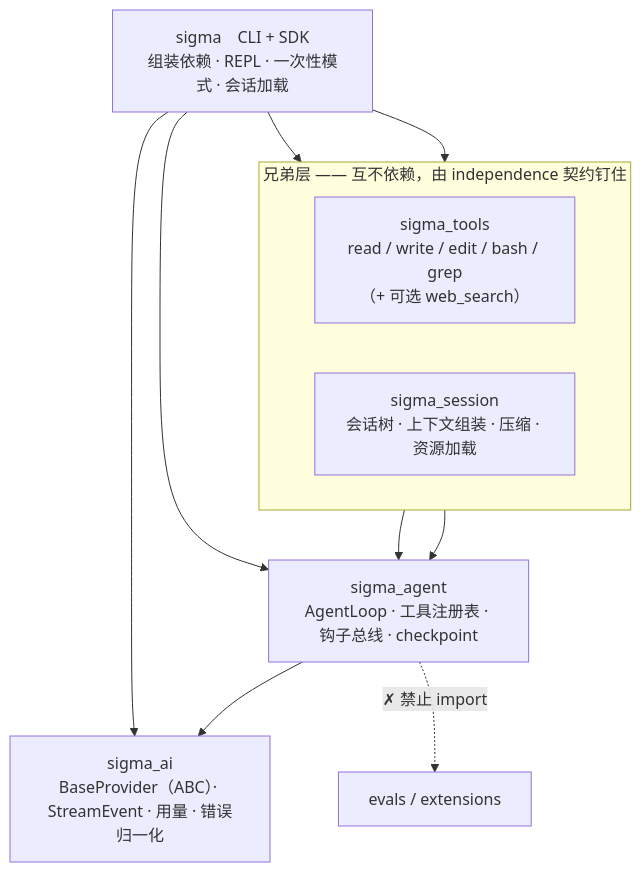
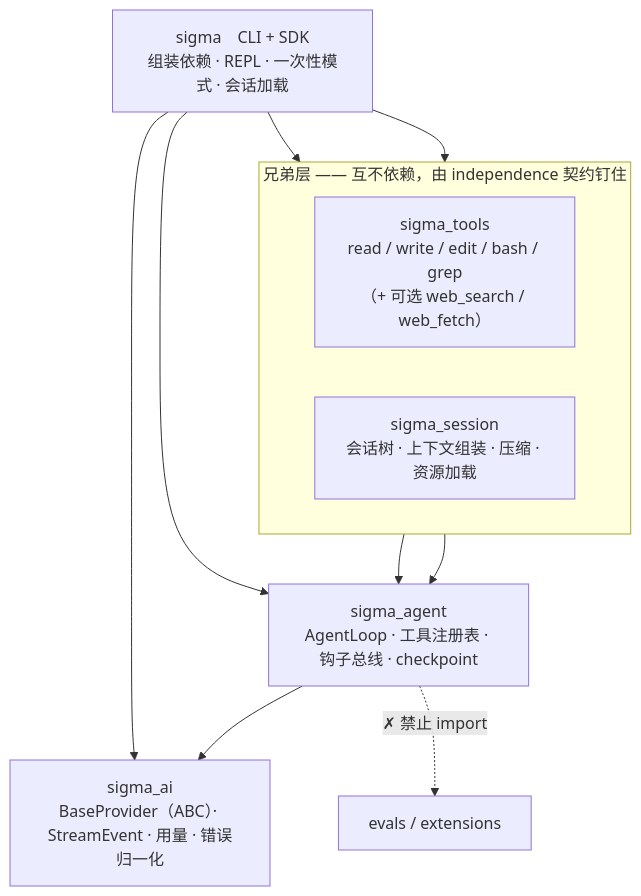
The first of 11 diagrams in docs/设计逻辑.md (wind-001/sigma-coding-agent), drawn with Mermaid before and after one commit. The commit also changed other lines of this file and 50 other files, not shown here.

````diff
--- a/docs/设计逻辑.md
+++ b/docs/设计逻辑.md
@@ -13,20 +13,20 @@
 ```mermaid
 flowchart TD
   CLI["sigma　CLI + SDK<br/>组装依赖 · REPL · 一次性模式 · 会话加载"]
   subgraph SIB["兄弟层 —— 互不依赖，由 independence 契约钉住"]
     direction LR
-    TOOLS["sigma_tools<br/>read / write / edit / bash / grep<br/>（+ 可选 web_search）"]
+    TOOLS["sigma_tools<br/>read / write / edit / bash / grep<br/>（+ 可选 web_search / web_fetch）"]
     SESS["sigma_session<br/>会话树 · 上下文组装 · 压缩 · 资源加载"]
   end
   AGENT["sigma_agent<br/>AgentLoop · 工具注册表 · 钩子总线 · checkpoint"]
   AI["sigma_ai<br/>BaseProvider（ABC）· StreamEvent · 用量 · 错误归一化"]
   FORB["evals / extensions"]
   CLI --> TOOLS
   CLI --> SESS
   CLI --> AGENT
   CLI --> AI
   TOOLS --> AGENT
   SESS --> AGENT
   AGENT --> AI
   AGENT -.->|✗ 禁止 import| FORB
 ```
````
